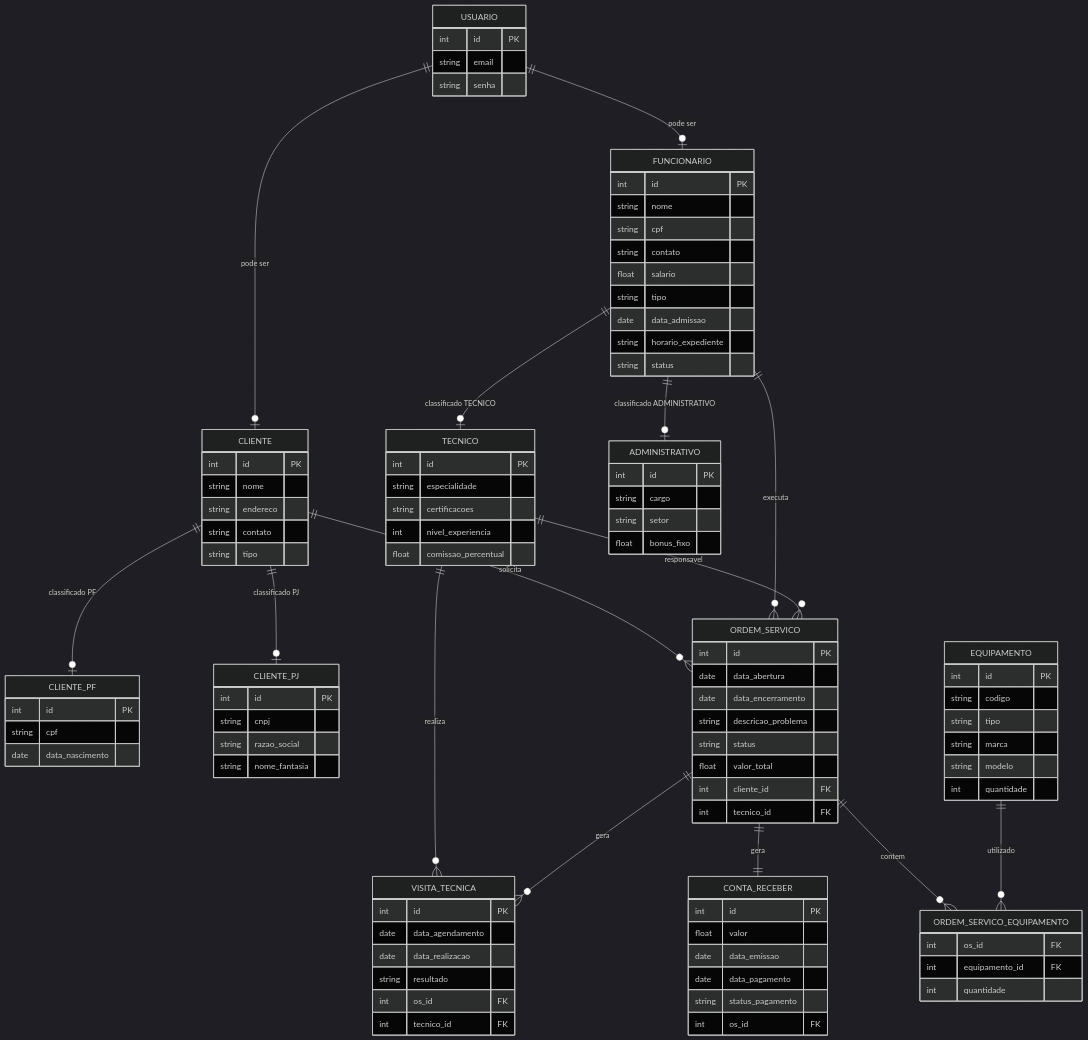
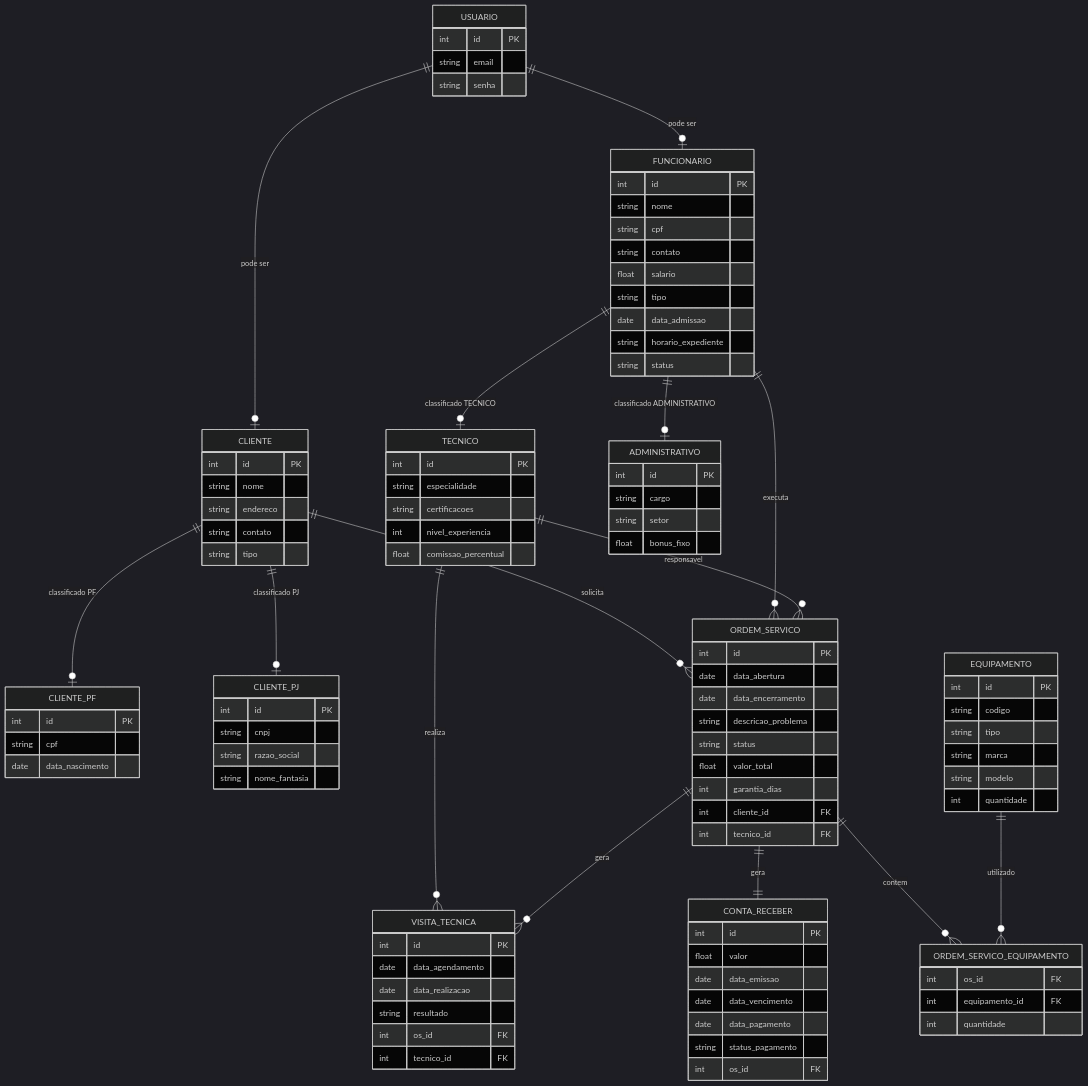
One commit to mariana097/assistencia-tecnica changed the diagram in docs/doc-modelos.md. Above: the diagram before and after it, drawn with Mermaid (dark theme). The commit also changed other lines of this file, not shown here.

```diff
--- a/docs/doc-modelos.md
+++ b/docs/doc-modelos.md
@@ -66,6 +66,7 @@
         string descricao_problema
         string status
         float valor_total
+        int garantia_dias
         int cliente_id FK
         int tecnico_id FK
     }
@@ -92,6 +93,7 @@
         int id PK
         float valor
         date data_emissao
+        date data_vencimento
         date data_pagamento
         string status_pagamento
         int os_id FK
```
